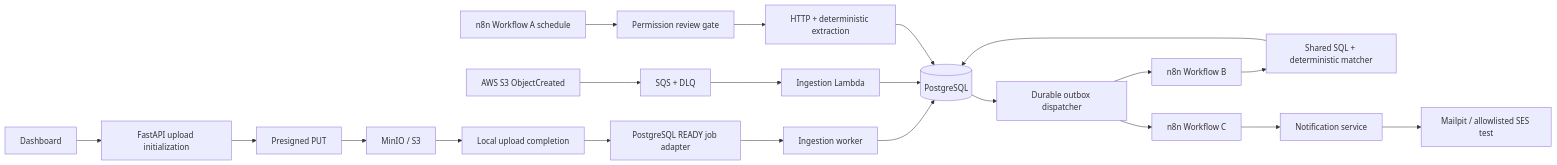
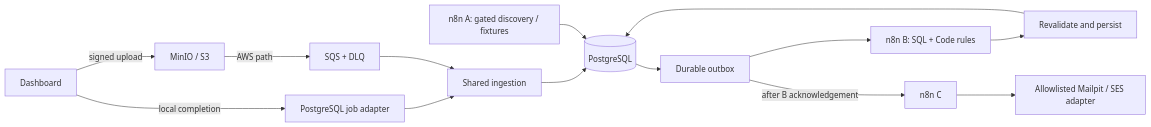
Before and after one commit to yaswanth-reddy14/loan-eligibility-engine: the diagram in README.md, drawn with Mermaid. The commit also changed other lines of this file and 71 other files, not shown here.

````diff
--- a/README.md
+++ b/README.md
@@ -7,23 +11,16 @@
 ```mermaid
 flowchart LR
- UI[Dashboard] --> API[FastAPI upload initialization]
- API --> PUT[Presigned PUT]
- PUT --> M[MinIO / S3]
- M --> COMPLETE[Local upload completion]
- COMPLETE --> Q[PostgreSQL READY job adapter]
- Q --> W[Ingestion worker]
- S3[AWS S3 ObjectCreated] --> SQS[SQS + DLQ]
- SQS --> L[Ingestion Lambda]
- W --> DB[(PostgreSQL)]
- L --> DB
- DB --> O[Durable outbox dispatcher]
- O --> B[n8n Workflow B]
- B --> MATCH[Shared SQL + deterministic matcher]
- MATCH --> DB
- O --> C[n8n Workflow C]
- C --> N[Notification service]
- N --> MAIL[Mailpit / allowlisted SES test]
- A[n8n Workflow A schedule] --> G[Permission review gate]
- G --> E[HTTP + deterministic extraction]
- E --> DB
+  UI[Dashboard] -->|signed upload| Storage[MinIO / S3]
+  UI -->|local completion| Queue[PostgreSQL job adapter]
+  Storage -->|AWS path| SQS[SQS + DLQ]
+  Queue --> Ingest[Shared ingestion]
+  SQS --> Ingest
+  Ingest --> DB[(PostgreSQL)]
+  DB --> Outbox[Durable outbox]
+  Outbox --> B[n8n B: SQL + Code rules]
+  B --> Persist[Revalidate and persist]
+  Persist --> DB
+  Outbox -->|after B acknowledgement| C[n8n C]
+  C --> Mail[Allowlisted Mailpit / SES adapter]
+  A[n8n A: gated discovery / fixtures] --> DB
 ```
````
